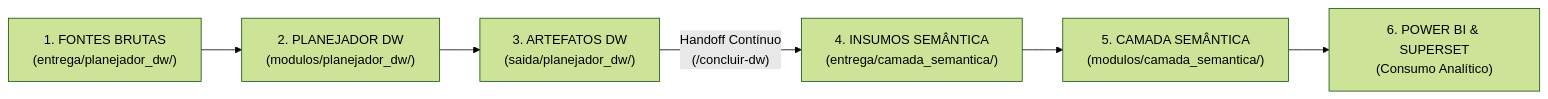
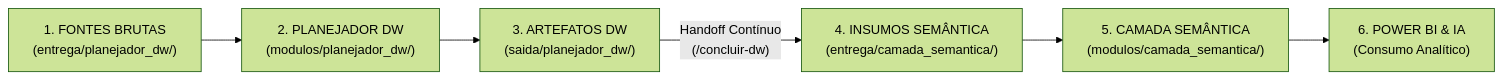
Before and after one commit to jef-prodeb01/NINHO.03: the diagram in README.md, drawn with Mermaid (forest theme). The commit also changed other lines of this file and 46 other files, not shown here.

````diff
--- a/README.md
+++ b/README.md
@@ -127,8 +127,8 @@
 ```mermaid
 flowchart LR
     A["1. FONTES BRUTAS<br/>(entrega/planejador_dw/)"] --> B["2. PLANEJADOR DW<br/>(modulos/planejador_dw/)"]
     B --> C["3. ARTEFATOS DW<br/>(saida/planejador_dw/)"]
     C -->|"Handoff Contínuo<br/>(/concluir-dw)"| D["4. INSUMOS SEMÂNTICA<br/>(entrega/camada_semantica/)"]
     D --> E["5. CAMADA SEMÂNTICA<br/>(modulos/camada_semantica/)"]
-    E --> F["6. POWER BI & SUPERSET<br/>(Consumo Analítico)"]
+    E --> F["6. POWER BI & IA<br/>(Consumo Analítico)"]
 ```
````
